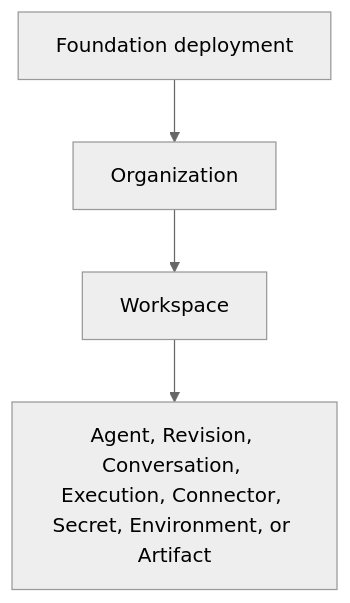
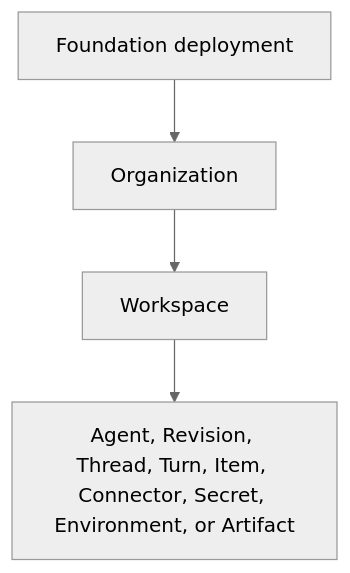
The diagram in spec/foundation-service/01-resource-scope-and-authorization.md (converge-ai-labs/agent-foundation), drawn with Mermaid (neutral theme) before and after one commit. The commit also changed other lines of this file and 29 other files, not shown here.

Commit message:
docs(spec): adopt thread turn item lifecycle

````diff
--- a/spec/foundation-service/01-resource-scope-and-authorization.md
+++ b/spec/foundation-service/01-resource-scope-and-authorization.md
@@ -11,9 +11,9 @@
 ```mermaid
 flowchart TB
     Instance[Foundation deployment]
     Organization[Organization]
     Workspace[Workspace]
-    Resource[Agent, Revision, Conversation, Execution, Connector, Secret, Environment, or Artifact]
+    Resource[Agent, Revision, Thread, Turn, Item, Connector, Secret, Environment, or Artifact]
 
     Instance --> Organization --> Workspace --> Resource
 ```
````
